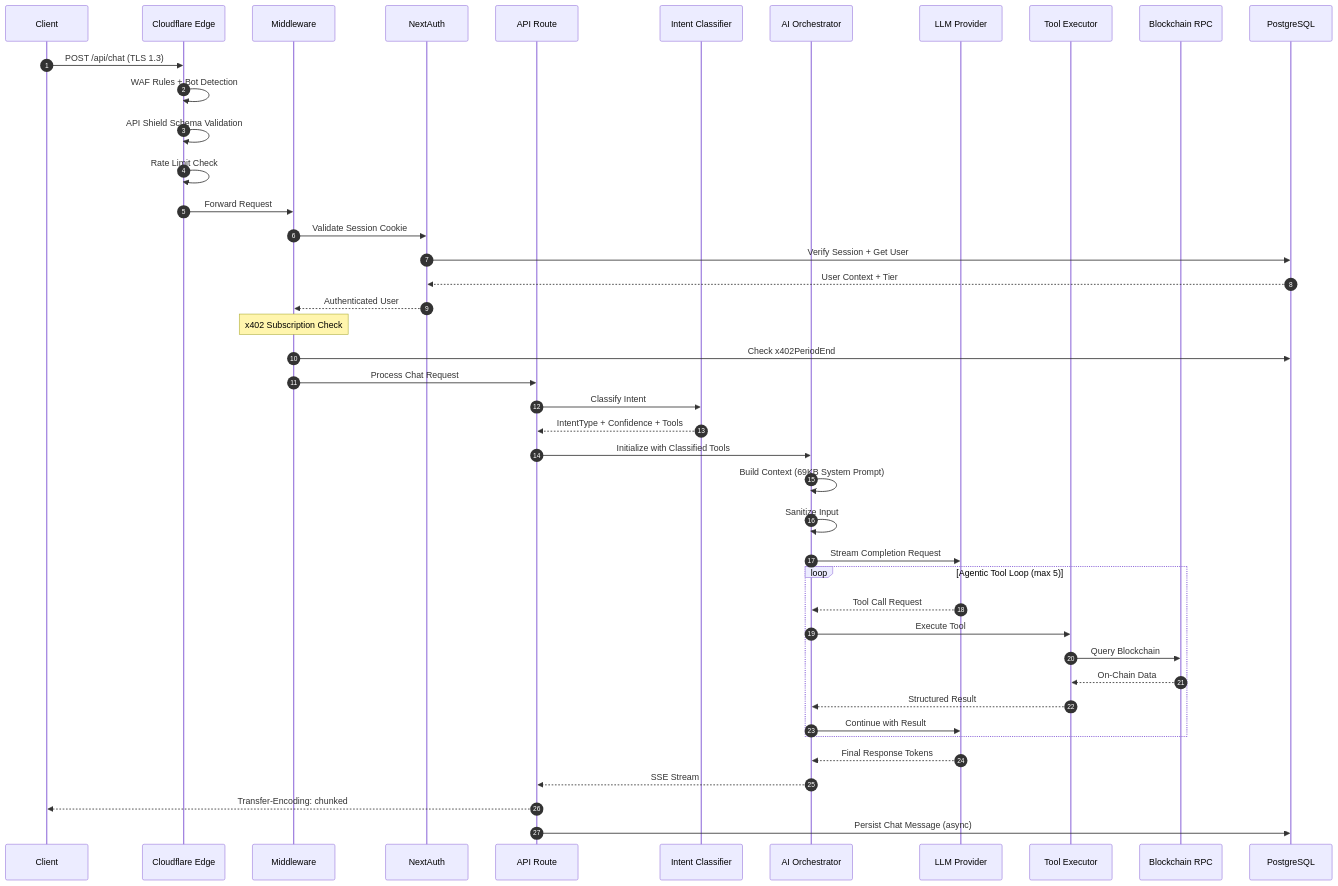
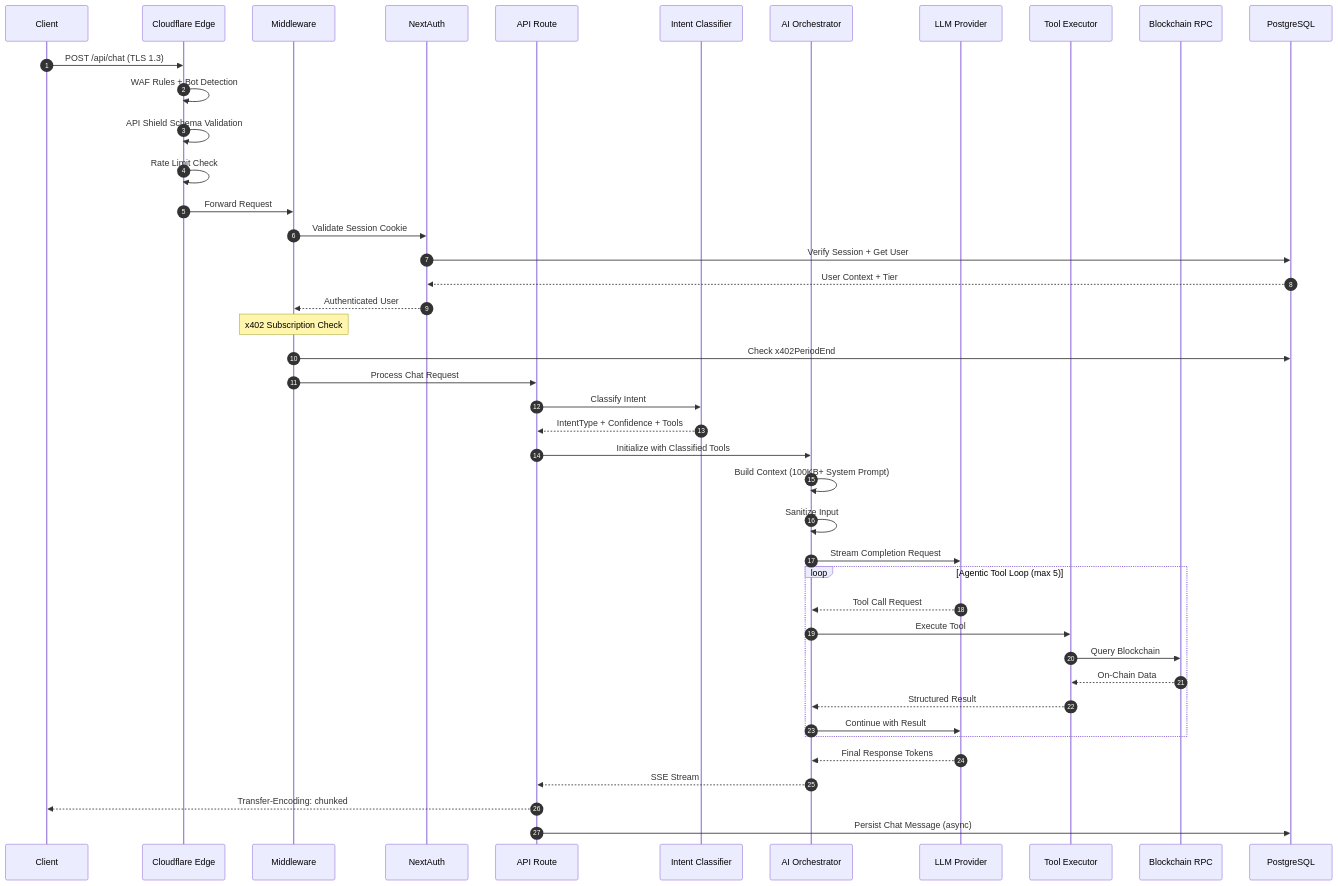
The second of 9 diagrams in docs/WHITEPAPER.md (sirath-network/barzakh-ai), drawn with Mermaid before and after one commit. The commit also changed other lines of this file and 7 other files, not shown here.

````diff
--- a/docs/WHITEPAPER.md
+++ b/docs/WHITEPAPER.md
@@ -194,53 +194,53 @@
 ```mermaid
 sequenceDiagram
     autonumber
     participant Client as Client
     participant CF as Cloudflare Edge
     participant MW as Middleware
     participant Auth as NextAuth
     participant API as API Route
     participant Classifier as Intent Classifier
     participant Orchestrator as AI Orchestrator
     participant LLM as LLM Provider
     participant Tools as Tool Executor
     participant RPC as Blockchain RPC
     participant DB as PostgreSQL
 
     Client->>CF: POST /api/chat (TLS 1.3)
     CF->>CF: WAF Rules + Bot Detection
     CF->>CF: API Shield Schema Validation
     CF->>CF: Rate Limit Check
     CF->>MW: Forward Request
     
     MW->>Auth: Validate Session Cookie
     Auth->>DB: Verify Session + Get User
     DB-->>Auth: User Context + Tier
     Auth-->>MW: Authenticated User
     
     Note over MW: x402 Subscription Check
     MW->>DB: Check x402PeriodEnd
     
     MW->>API: Process Chat Request
     API->>Classifier: Classify Intent
     Classifier-->>API: IntentType + Confidence + Tools
     
     API->>Orchestrator: Initialize with Classified Tools
-    Orchestrator->>Orchestrator: Build Context (69KB System Prompt)
+    Orchestrator->>Orchestrator: Build Context (100KB+ System Prompt)
     Orchestrator->>Orchestrator: Sanitize Input
     Orchestrator->>LLM: Stream Completion Request
     
     loop Agentic Tool Loop (max 5)
         LLM-->>Orchestrator: Tool Call Request
         Orchestrator->>Tools: Execute Tool
         Tools->>RPC: Query Blockchain
         RPC-->>Tools: On-Chain Data
         Tools-->>Orchestrator: Structured Result
         Orchestrator->>LLM: Continue with Result
     end
     
     LLM-->>Orchestrator: Final Response Tokens
     Orchestrator-->>API: SSE Stream
     API-->>Client: Transfer-Encoding: chunked
     
     API->>DB: Persist Chat Message (async)
 ```
````
